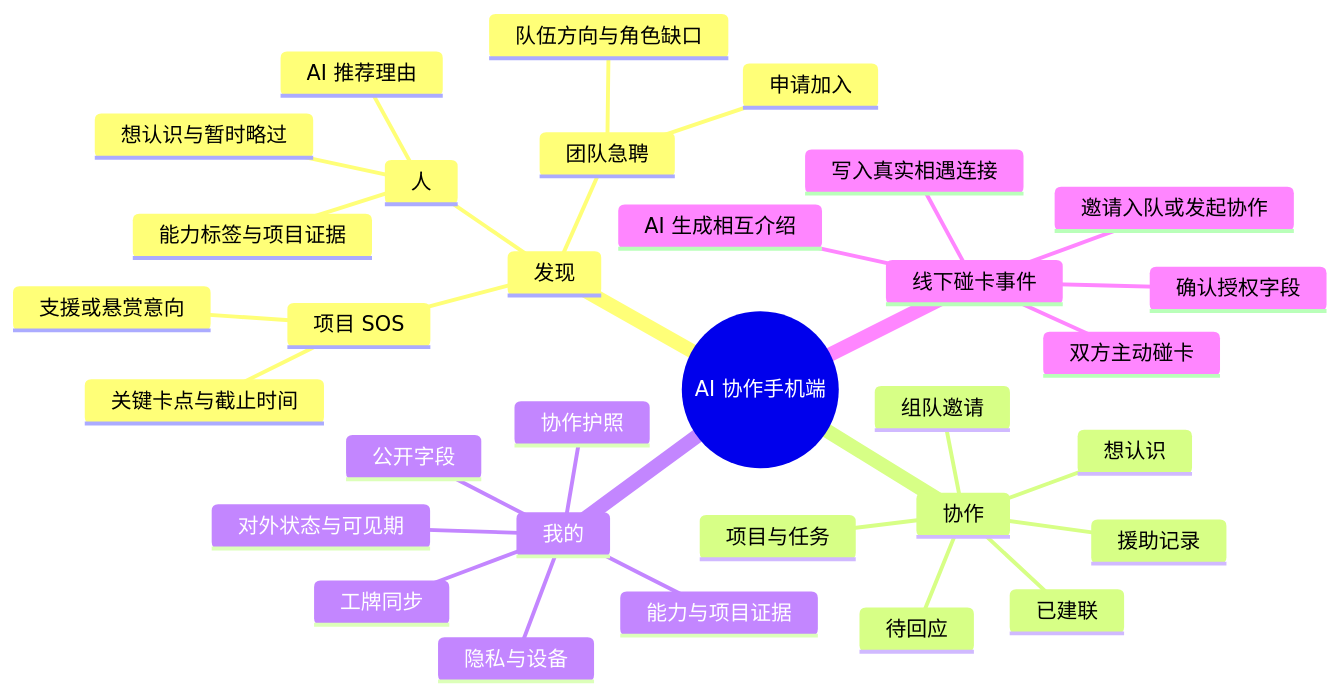
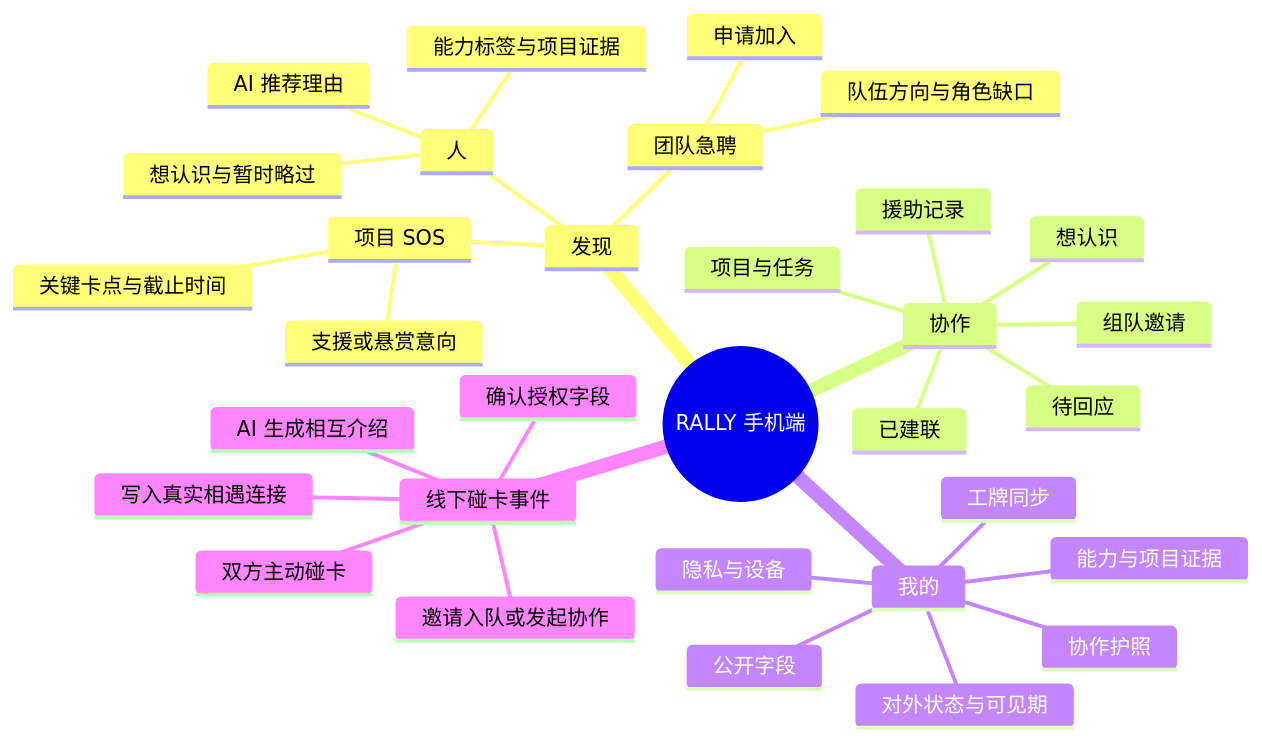
The diagram in 当前方案-ToC-AI组队/07-手机端功能结构与信息架构.md (yangjinmin666/ai-collaboration-passport-hackathon), drawn with Mermaid before and after one commit. The commit also changed other lines of this file and 32 other files, not shown here.

````diff
--- a/当前方案-ToC-AI组队/07-手机端功能结构与信息架构.md
+++ b/当前方案-ToC-AI组队/07-手机端功能结构与信息架构.md
@@ -33,37 +33,37 @@
 ```mermaid
 %% MEANING: 展示三个手机端一级入口，以及线下碰卡如何作为跨页事件连接它们
 %% Type: Mindmap
 mindmap
-    ((AI 协作手机端))
+    ((RALLY 手机端))
         发现
             人
                 能力标签与项目证据
                 AI 推荐理由
                 想认识与暂时略过
             团队急聘
                 队伍方向与角色缺口
                 申请加入
             项目 SOS
                 关键卡点与截止时间
                 支援或悬赏意向
         协作
             想认识
             待回应
             已建联
             组队邀请
             项目与任务
             援助记录
         我的
             协作护照
             对外状态与可见期
             能力与项目证据
             公开字段
             工牌同步
             隐私与设备
         线下碰卡事件
             双方主动碰卡
             确认授权字段
             AI 生成相互介绍
             写入真实相遇连接
             邀请入队或发起协作
 ```
````
